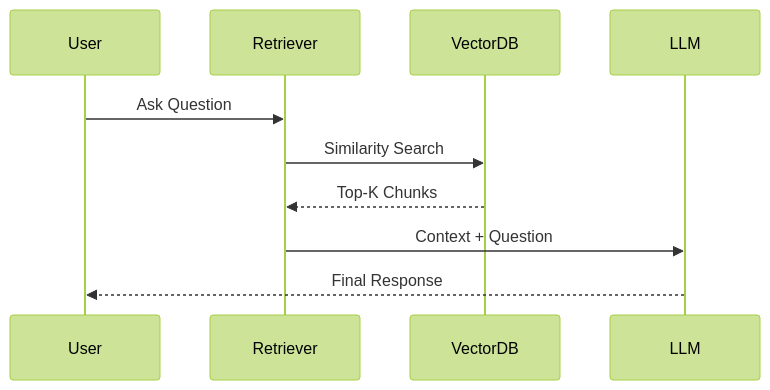
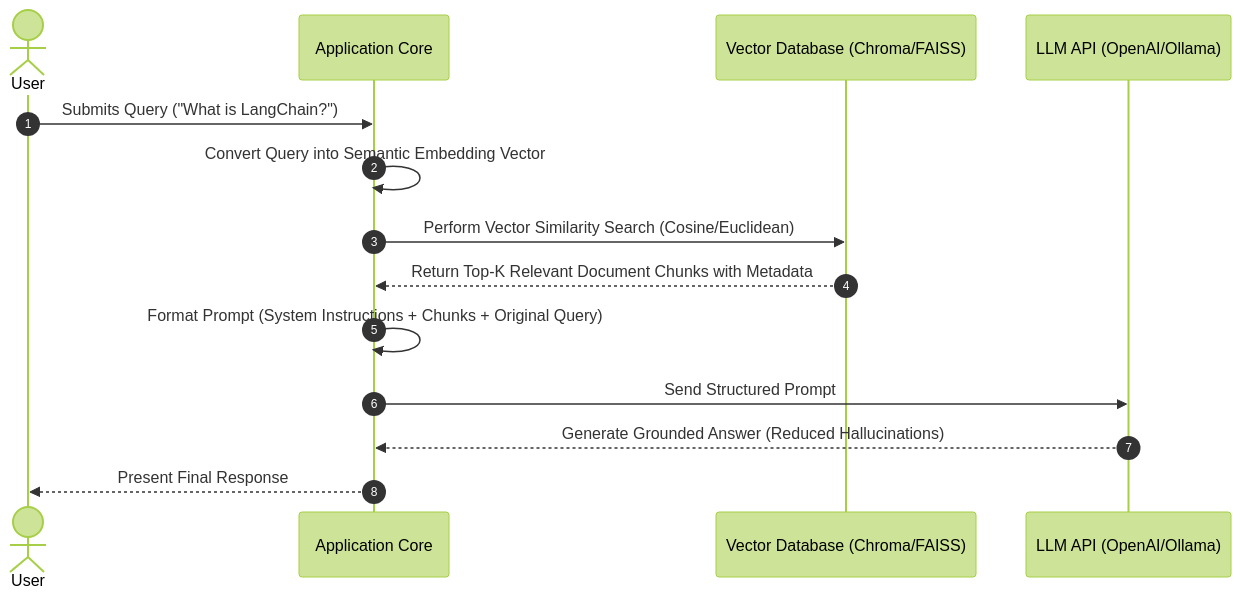
The second of 2 diagrams in 14 Important Components and Modules in Langchain/README.md (udityamerit/Complete-Generative-AI-With-Langchain-and-Huggingface), drawn with Mermaid (forest theme) before and after one commit. The commit also changed other lines of this file and 1 other file, not shown here.

````diff
--- a/14 Important Components and Modules in Langchain/README.md
+++ b/14 Important Components and Modules in Langchain/README.md
@@ -104,18 +82,17 @@
 ```mermaid
 sequenceDiagram
+    autonumber
+    actor User
+    participant App as Application Core
+    participant DB as Vector Database (Chroma/FAISS)
+    participant LLM as LLM API (OpenAI/Ollama)
 
-participant User
-participant Retriever
-participant VectorDB
-participant LLM
-
-User->>Retriever: Ask Question
-
-Retriever->>VectorDB: Similarity Search
-
-VectorDB-->>Retriever: Top-K Chunks
-
-Retriever->>LLM: Context + Question
-
-LLM-->>User: Final Response
+    User->>App: Submits Query ("What is LangChain?")
+    App->>App: Convert Query into Semantic Embedding Vector
+    App->>DB: Perform Vector Similarity Search (Cosine/Euclidean)
+    DB-->>App: Return Top-K Relevant Document Chunks with Metadata
+    App->>App: Format Prompt (System Instructions + Chunks + Original Query)
+    App->>LLM: Send Structured Prompt
+    LLM-->>App: Generate Grounded Answer (Reduced Hallucinations)
+    App-->>User: Present Final Response
 ```
````
